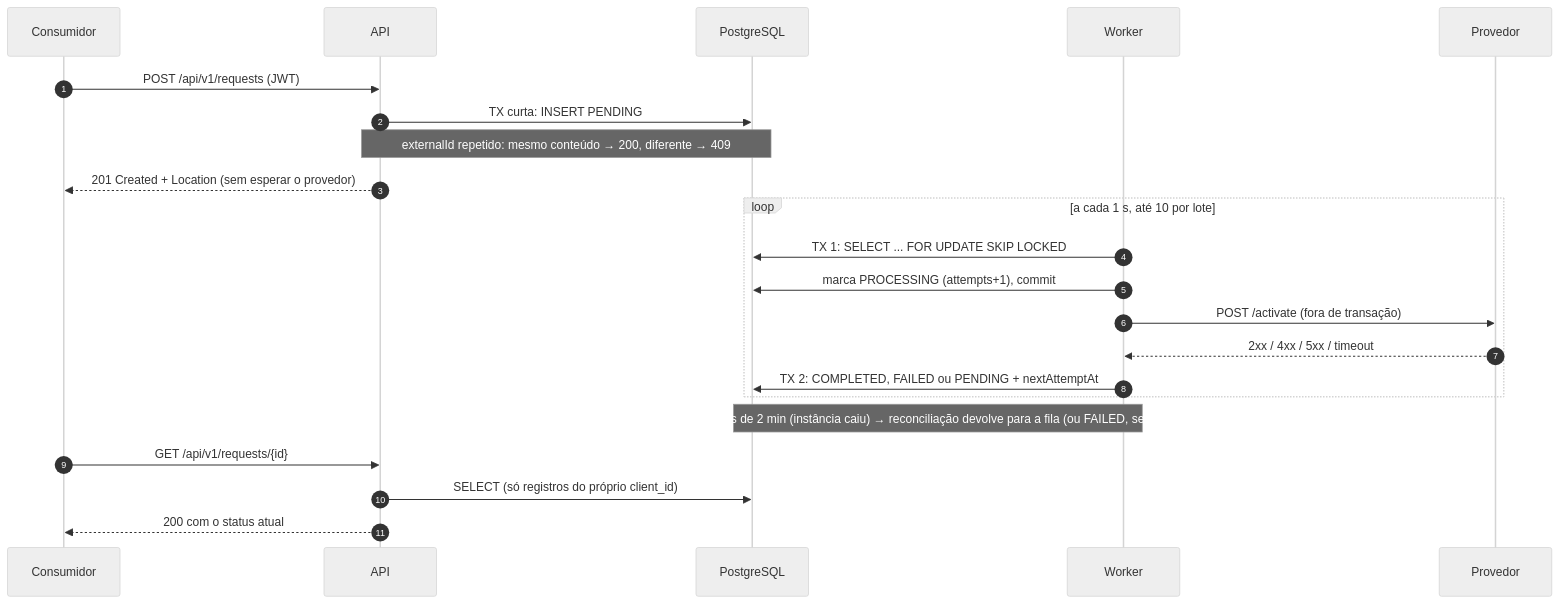
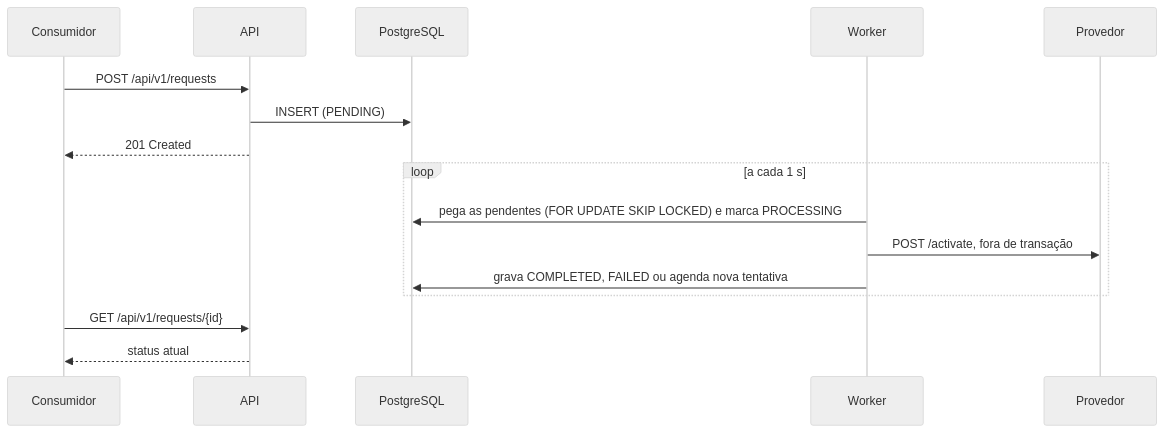
The diagram in README.md (Luigicuri/luigicuri-activation-service), drawn with Mermaid (neutral theme) before and after one commit. The commit also changed other lines of this file and 4 other files, not shown here.

````diff
--- a/README.md
+++ b/README.md
@@ -64,27 +73,19 @@
 ```mermaid
 sequenceDiagram
-    autonumber
     participant C as Consumidor
     participant API as API
     participant DB as PostgreSQL
     participant W as Worker
     participant P as Provedor
 
-    C->>API: POST /api/v1/requests (JWT)
-    API->>DB: TX curta: INSERT PENDING
-    Note over API,DB: externalId repetido: mesmo conteúdo → 200, diferente → 409
-    API-->>C: 201 Created + Location (sem esperar o provedor)
-
-    loop a cada 1 s, até 10 por lote
-        W->>DB: TX 1: SELECT ... FOR UPDATE SKIP LOCKED
-        W->>DB: marca PROCESSING (attempts+1), commit
-        W->>P: POST /activate (fora de transação)
-        P-->>W: 2xx / 4xx / 5xx / timeout
-        W->>DB: TX 2: COMPLETED, FAILED ou PENDING + nextAttemptAt
+    C->>API: POST /api/v1/requests
+    API->>DB: INSERT (PENDING)
+    API-->>C: 201 Created
+    loop a cada 1 s
+        W->>DB: pega as pendentes (FOR UPDATE SKIP LOCKED) e marca PROCESSING
+        W->>P: POST /activate, fora de transação
+        W->>DB: grava COMPLETED, FAILED ou agenda nova tentativa
     end
-    Note over W,DB: PROCESSING há mais de 2 min (instância caiu) → reconciliação devolve para a fila (ou FAILED, se esgotou as tentativas)
-
     C->>API: GET /api/v1/requests/{id}
-    API->>DB: SELECT (só registros do próprio client_id)
-    API-->>C: 200 com o status atual
+    API-->>C: status atual
 ```
````
